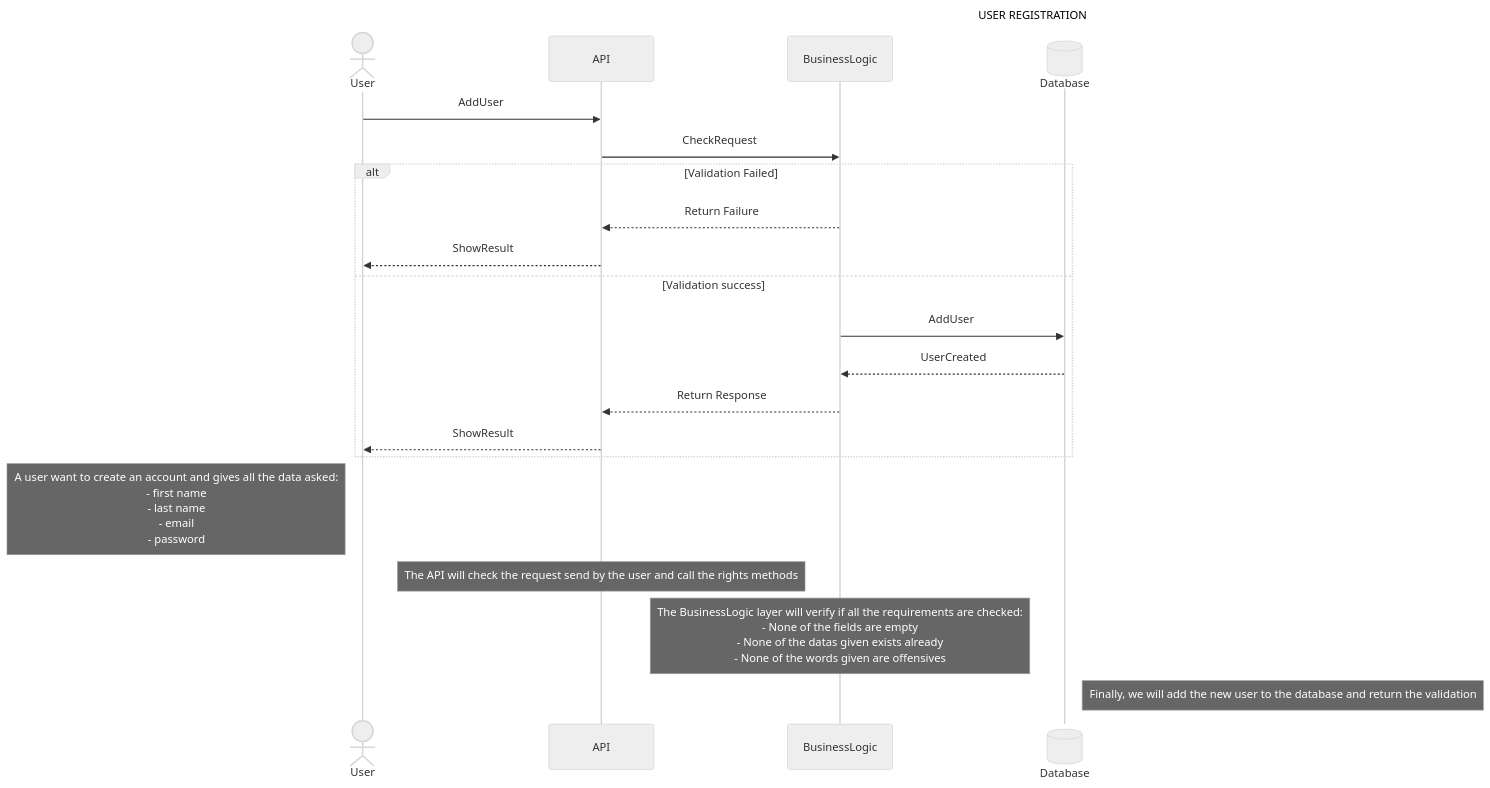
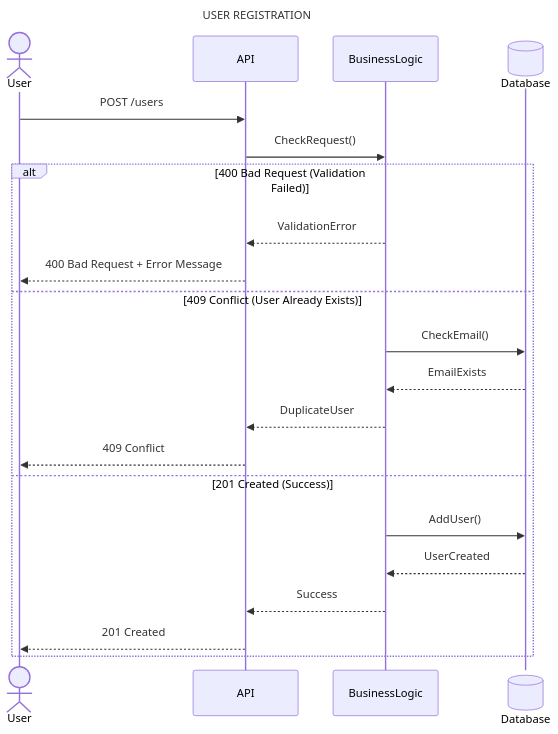
One commit to EnzoMessaoudi/holbertonschool-hbnb changed the diagram in part1/Sequence Diagrams for API Calls (task 2)/Sequence_Diagrams_User_Registration.mermaid. Above: the diagram before and after it, drawn with Mermaid.

Commit message:
ADD code error

```diff
--- a/part1/Sequence Diagrams for API Calls (task 2)/Sequence_Diagrams_User_Registration.mermaid
+++ b/part1/Sequence Diagrams for API Calls (task 2)/Sequence_Diagrams_User_Registration.mermaid
@@ -1,29 +1,24 @@
-%%{ init : { "theme": "neutral" } }%%
-
 sequenceDiagram
 title USER REGISTRATION
 actor User
 participant API
 participant BusinessLogic
 participant Database@{ "type" : "database" }
 
-User->>API: AddUser
-API->>BusinessLogic: CheckRequest
+User->>API: POST /users
+API->>BusinessLogic: CheckRequest()
 
-alt Validation Failed
-    BusinessLogic-->>API: Return Failure
-    API-->>User: ShowResult
-else Validation success
-    BusinessLogic->>Database: AddUser
+alt 400 Bad Request (Validation Failed)
+    BusinessLogic-->>API: ValidationError
+    API-->>User: 400 Bad Request + Error Message
+else 409 Conflict (User Already Exists)
+    BusinessLogic->>Database: CheckEmail()
+    Database-->>BusinessLogic: EmailExists
+    BusinessLogic-->>API: DuplicateUser
+    API-->>User: 409 Conflict
+else 201 Created (Success)
+    BusinessLogic->>Database: AddUser()
     Database-->>BusinessLogic: UserCreated
-    BusinessLogic-->>API: Return Response
-    API-->>User: ShowResult
+    BusinessLogic-->>API: Success
+    API-->>User: 201 Created
 end
-
-Note left of User: A user want to create an account and gives all the data asked:<br/>- first name<br/>- last name<br>- email<br/>- password
-
-Note over API:The API will check the request send by the user and call the rights methods
-
-Note over BusinessLogic: The BusinessLogic layer will verify if all the requirements are checked:<br/>- None of the fields are empty<br/>- None of the datas given exists already<br/>- None of the words given are offensives
-
-Note right of Database: Finally, we will add the new user to the database and return the validation
```
